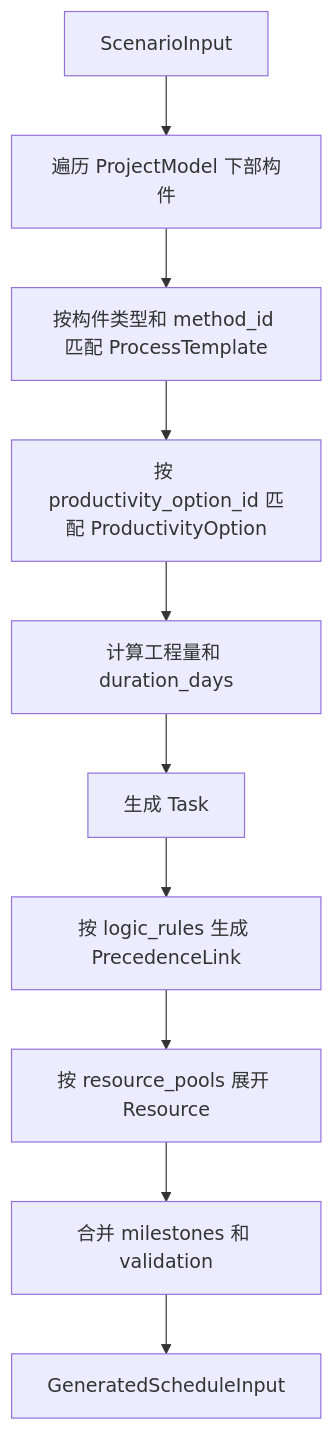
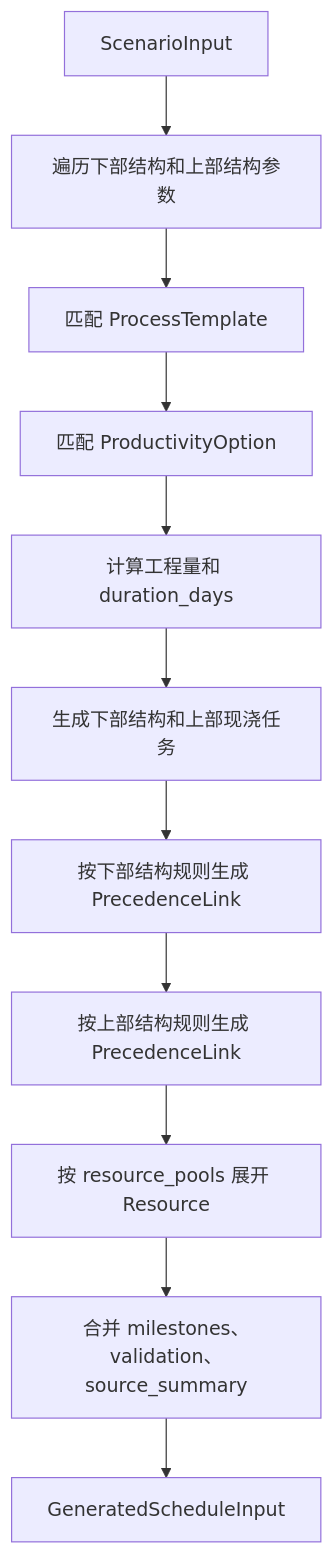
Before and after one commit to Lili-big/projectScheduling: the fourth of 9 diagrams in docs/project-scheduling-system-overview.md, drawn with Mermaid. The commit also changed other lines of this file and 4 other files, not shown here.

````diff
--- a/docs/project-scheduling-system-overview.md
+++ b/docs/project-scheduling-system-overview.md
@@ -204,12 +234,13 @@
 ```mermaid
 flowchart TD
-  A["ScenarioInput"] --> B["遍历 ProjectModel 下部构件"]
-  B --> C["按构件类型和 method_id 匹配 ProcessTemplate"]
-  C --> D["按 productivity_option_id 匹配 ProductivityOption"]
+  A["ScenarioInput"] --> B["遍历下部结构和上部结构参数"]
+  B --> C["匹配 ProcessTemplate"]
+  C --> D["匹配 ProductivityOption"]
   D --> E["计算工程量和 duration_days"]
-  E --> F["生成 Task"]
-  F --> G["按 logic_rules 生成 PrecedenceLink"]
-  G --> H["按 resource_pools 展开 Resource"]
-  H --> I["合并 milestones 和 validation"]
-  I --> J["GeneratedScheduleInput"]
+  E --> F["生成下部结构和上部现浇任务"]
+  F --> G["按下部结构规则生成 PrecedenceLink"]
+  G --> H["按上部结构规则生成 PrecedenceLink"]
+  H --> I["按 resource_pools 展开 Resource"]
+  I --> J["合并 milestones、validation、source_summary"]
+  J --> K["GeneratedScheduleInput"]
 ```
````
